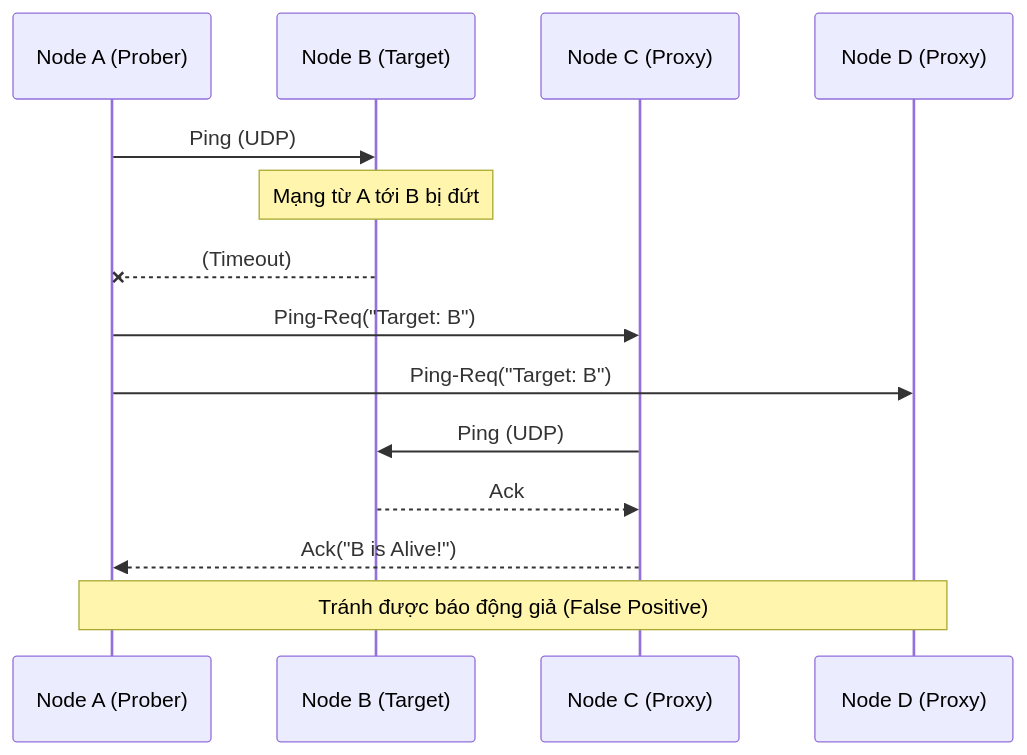
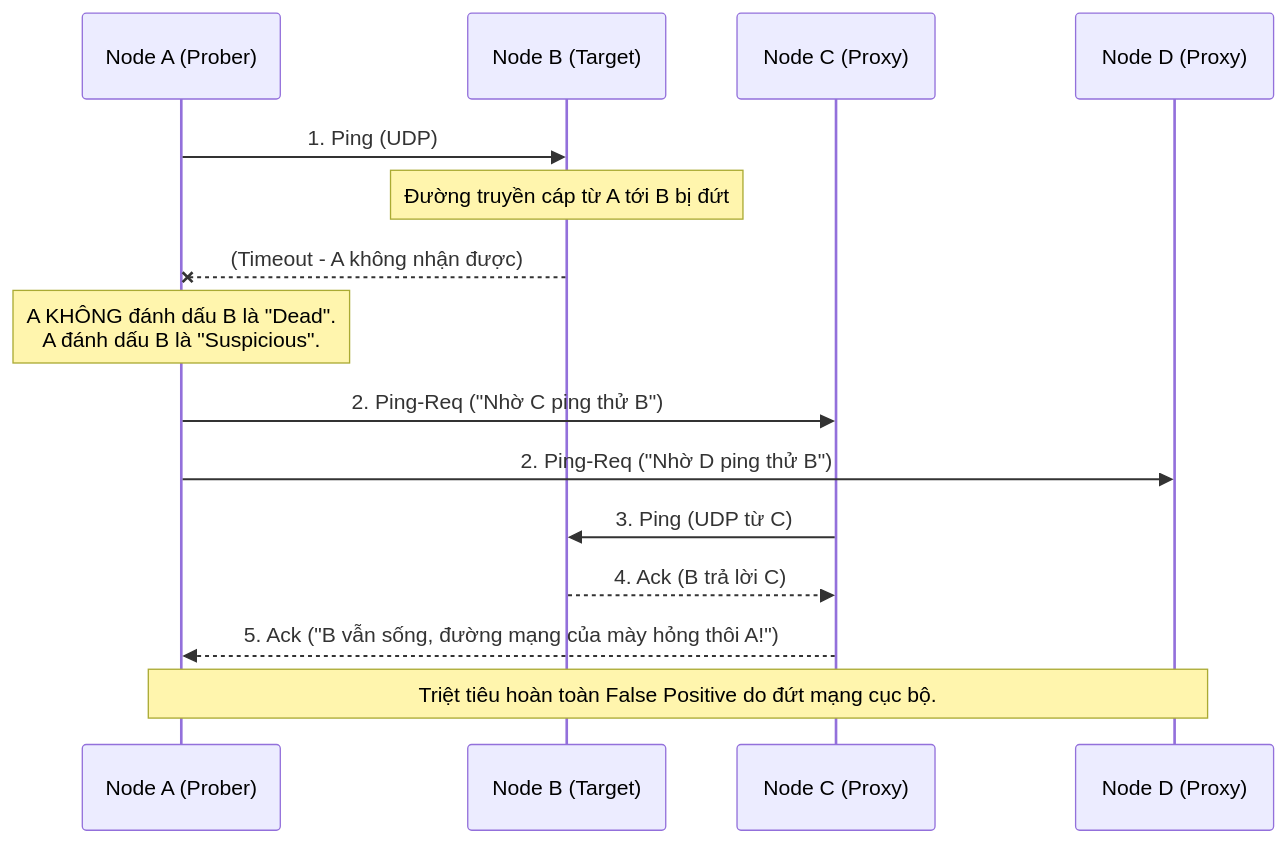
One commit to kythuatdulieu/kythuatdulieu.github.io changed the diagram in src/content/docs/concepts/1-distributed-systems-architecture/gossip-protocol.md. Above: the diagram before and after it, drawn with Mermaid. The commit also changed other lines of this file and 213 other files, not shown here.

Commit message:
Fix syntax and rewrite 200+ concepts docs to deep-dive system architecture and add GA4 tracking to quiz app

````diff
--- a/src/content/docs/concepts/1-distributed-systems-architecture/gossip-protocol.md
+++ b/src/content/docs/concepts/1-distributed-systems-architecture/gossip-protocol.md
@@ -48,20 +64,21 @@
 ```mermaid
 sequenceDiagram
     participant A as Node A (Prober)
     participant B as Node B (Target)
     participant C as Node C (Proxy)
     participant D as Node D (Proxy)
 
-    A->>B: Ping (UDP)
-    Note over B: Mạng từ A tới B bị đứt
-    B--xA: (Timeout)
+    A->>B: 1. Ping (UDP)
+    Note over B: Đường truyền cáp từ A tới B bị đứt
+    B--xA: (Timeout - A không nhận được)
     
-    A->>C: Ping-Req("Target: B")
-    A->>D: Ping-Req("Target: B")
+    Note over A: A KHÔNG đánh dấu B là "Dead".<br>A đánh dấu B là "Suspicious".
+    A->>C: 2. Ping-Req ("Nhờ C ping thử B")
+    A->>D: 2. Ping-Req ("Nhờ D ping thử B")
     
-    C->>B: Ping (UDP)
-    B-->>C: Ack
-    C-->>A: Ack("B is Alive!")
+    C->>B: 3. Ping (UDP từ C)
+    B-->>C: 4. Ack (B trả lời C)
+    C-->>A: 5. Ack ("B vẫn sống, đường mạng của mày hỏng thôi A!")
     
-    Note over A,D: Tránh được báo động giả (False Positive)
+    Note over A,D: Triệt tiêu hoàn toàn False Positive do đứt mạng cục bộ.
 ```
````
